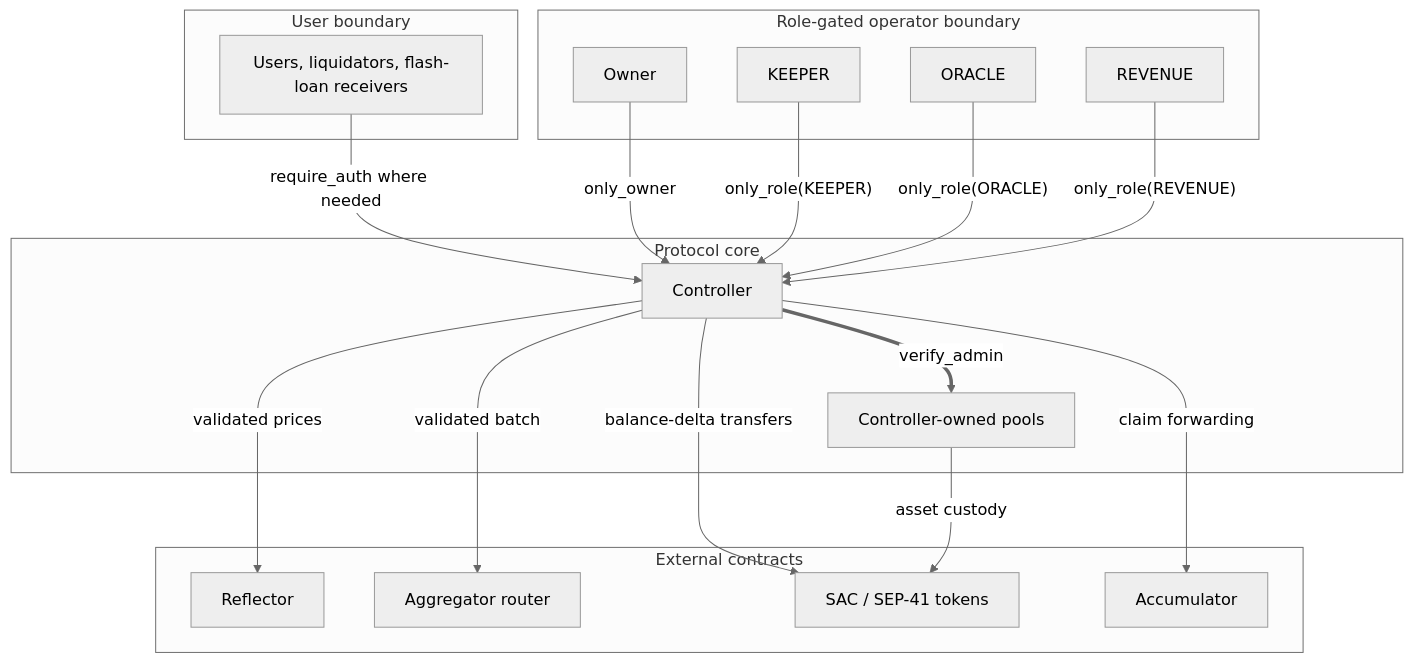
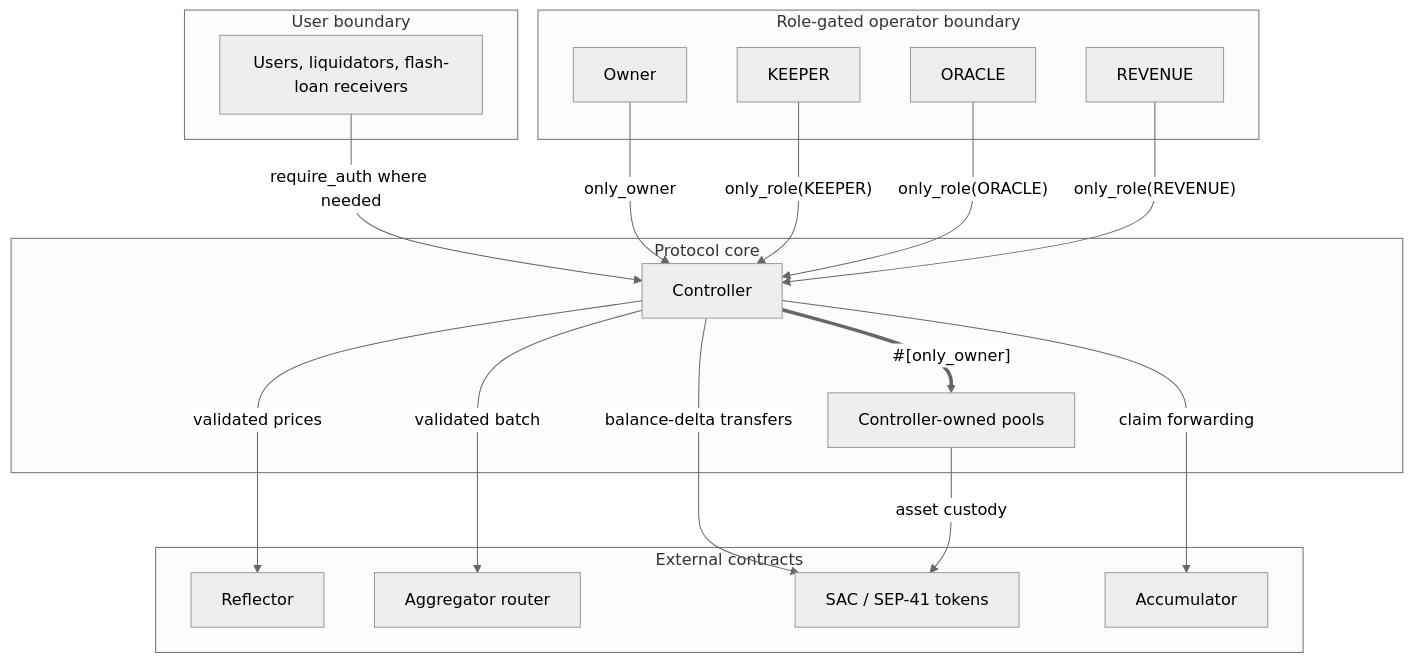
Before and after one commit to XOXNO/rs-lending-xlm: diagram 11 of 14 in SCF_BUILD_ARCHITECTURE.md, drawn with Mermaid (neutral theme). The commit also changed other lines of this file and 39 other files, not shown here.

First line of the commit message:
docs: resync architecture docs with code and polish for clarity

````diff
--- a/SCF_BUILD_ARCHITECTURE.md
+++ b/SCF_BUILD_ARCHITECTURE.md
@@ -812,37 +915,37 @@
 ```mermaid
 flowchart TB
     subgraph UserBoundary["User boundary"]
         Users["Users, liquidators, flash-loan receivers"]
     end
 
     subgraph OperatorBoundary["Role-gated operator boundary"]
         Owner["Owner"]
         Keeper["KEEPER"]
         Oracle["ORACLE"]
         Revenue["REVENUE"]
     end
 
     subgraph ProtocolCore["Protocol core"]
         Controller["Controller"]
         Pools["Controller-owned pools"]
     end
 
     subgraph ExternalBoundary["External contracts"]
         Reflector["Reflector"]
         Router["Aggregator router"]
         Tokens["SAC / SEP-41 tokens"]
         Accumulator["Accumulator"]
     end
 
     Users -->|"require_auth where needed"| Controller
     Owner -->|"only_owner"| Controller
     Keeper -->|"only_role(KEEPER)"| Controller
     Oracle -->|"only_role(ORACLE)"| Controller
     Revenue -->|"only_role(REVENUE)"| Controller
-    Controller ==>|"verify_admin"| Pools
+    Controller ==>|"#[only_owner]"| Pools
     Controller -->|"validated prices"| Reflector
     Controller -->|"validated batch"| Router
     Controller -->|"balance-delta transfers"| Tokens
     Pools -->|"asset custody"| Tokens
     Controller -->|"claim forwarding"| Accumulator
 ```
````
